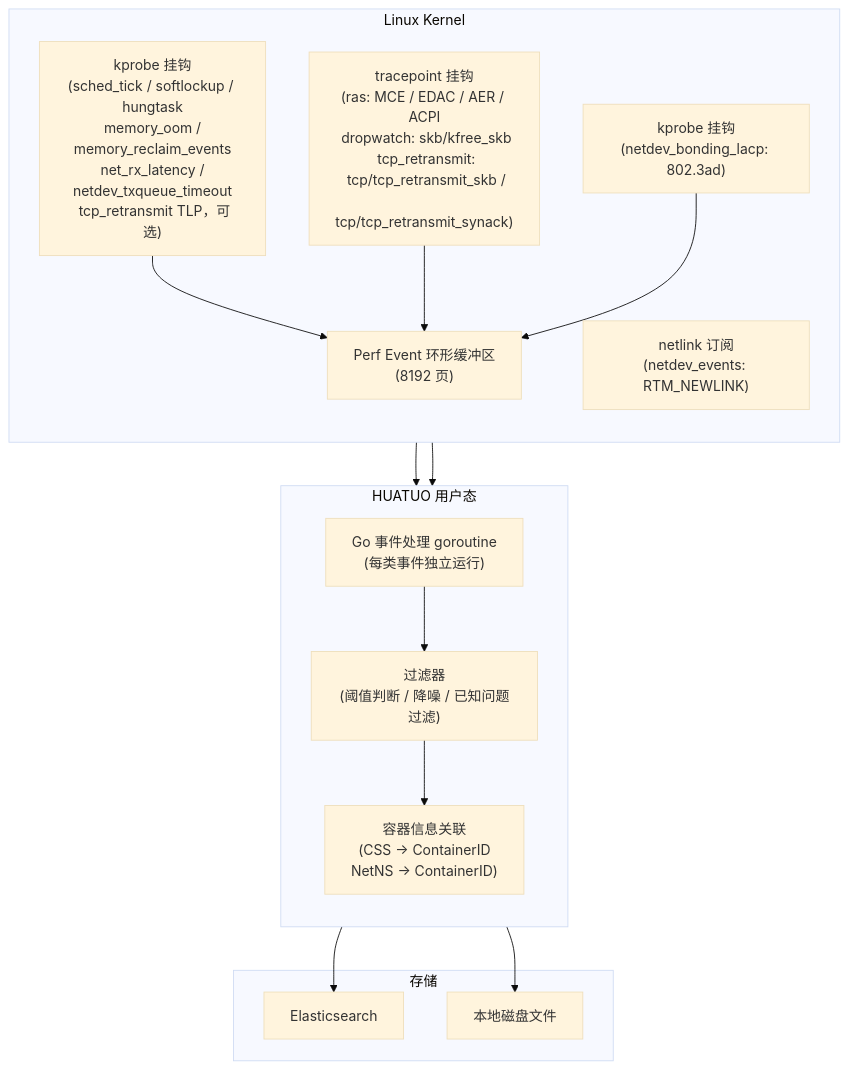
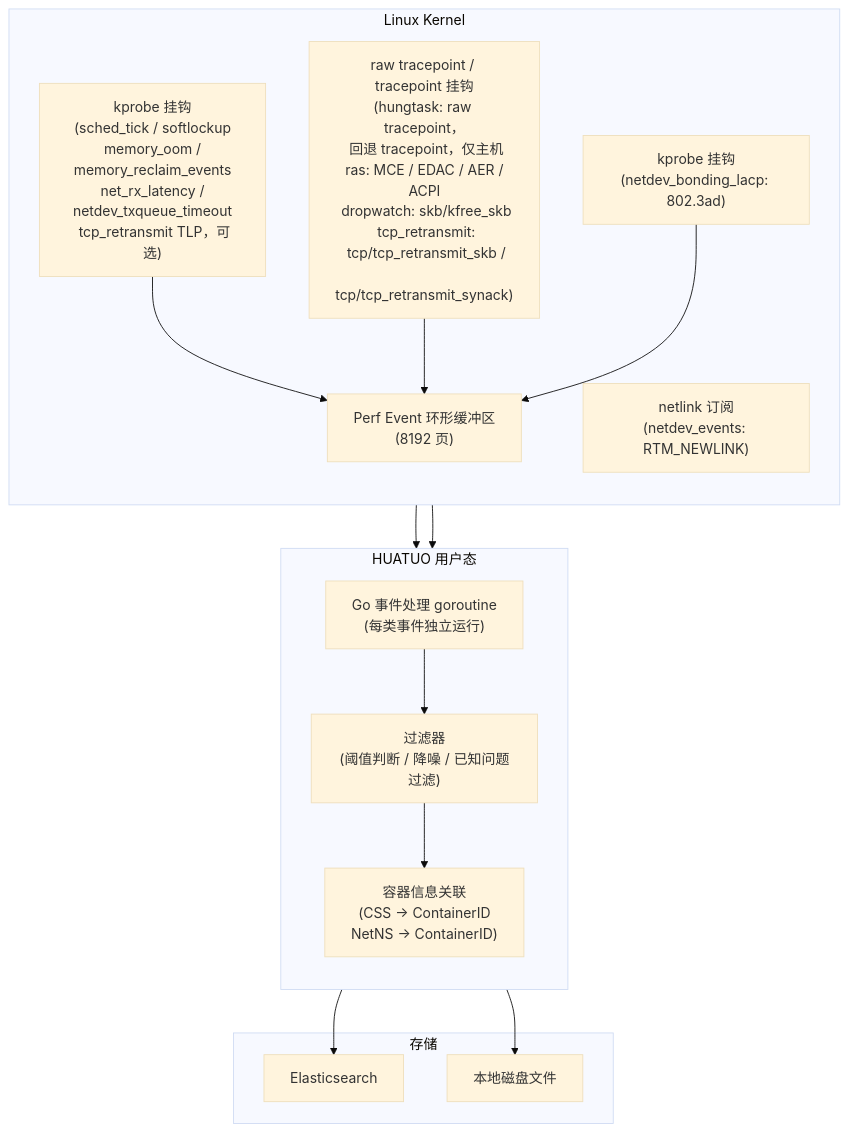
Before and after one commit to ccfos/huatuo: the first of 2 diagrams in docs/key-feature/instant-observability_zh.md, drawn with Mermaid (base theme). The commit also changed other lines of this file and 8 other files, not shown here.

First line of the commit message:
feat(events): attribute hungtask events and counts to containers

````diff
--- a/docs/key-feature/instant-observability_zh.md
+++ b/docs/key-feature/instant-observability_zh.md
@@ -524,33 +526,33 @@
 ```mermaid
 graph TB
     subgraph "Linux Kernel"
         direction TB
-        K1["kprobe 挂钩\n(sched_tick / softlockup / hungtask\n memory_oom / memory_reclaim_events\n net_rx_latency / netdev_txqueue_timeout\n tcp_retransmit TLP，可选)"]
-        K2["tracepoint 挂钩\n(ras: MCE / EDAC / AER / ACPI\n dropwatch: skb/kfree_skb\n tcp_retransmit:\n tcp/tcp_retransmit_skb /\n tcp/tcp_retransmit_synack)"]
+        K1["kprobe 挂钩\n(sched_tick / softlockup\n memory_oom / memory_reclaim_events\n net_rx_latency / netdev_txqueue_timeout\n tcp_retransmit TLP，可选)"]
+        K2["raw tracepoint / tracepoint 挂钩\n(hungtask: raw tracepoint，\n 回退 tracepoint，仅主机\n ras: MCE / EDAC / AER / ACPI\n dropwatch: skb/kfree_skb\n tcp_retransmit:\n tcp/tcp_retransmit_skb /\n tcp/tcp_retransmit_synack)"]
         K3["netlink 订阅\n(netdev_events: RTM_NEWLINK)"]
         K4["kprobe 挂钩\n(netdev_bonding_lacp: 802.3ad)"]
         PEB["Perf Event 环形缓冲区\n(8192 页)"]
     end
 
     subgraph "HUATUO 用户态"
         direction TB
         EH["Go 事件处理 goroutine\n(每类事件独立运行)"]
         CF["过滤器\n(阈值判断 / 降噪 / 已知问题过滤)"]
         CM["容器信息关联\n(CSS → ContainerID\n NetNS → ContainerID)"]
     end
 
     subgraph "存储"
         ES["Elasticsearch"]
         DISK["本地磁盘文件"]
     end
 
     K1 --> PEB
     K2 --> PEB
     K4 --> PEB
     PEB --> EH
     K3 --> EH
     EH --> CF
     CF --> CM
     CM --> ES
     CM --> DISK
 ```
````
